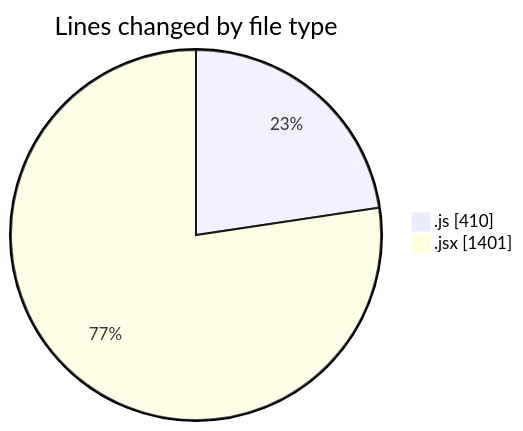
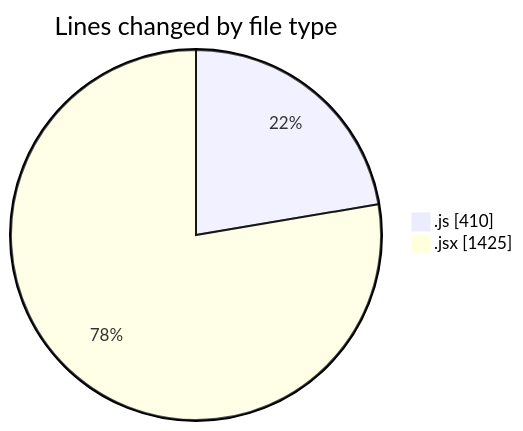
The first of 2 diagrams in 2025-08-28/nxtqube_webapp/README.md (nxtqubesakshisongat/code-tracking), drawn with Mermaid before and after one commit. The commit also changed other lines of this file and 1 other file, not shown here.

````diff
--- a/2025-08-28/nxtqube_webapp/README.md
+++ b/2025-08-28/nxtqube_webapp/README.md
@@ -24,6 +24,6 @@
 ```mermaid
 pie showData
 title Lines changed by file type
 ".js" : 410
-".jsx" : 1401
+".jsx" : 1425
 ```
````
